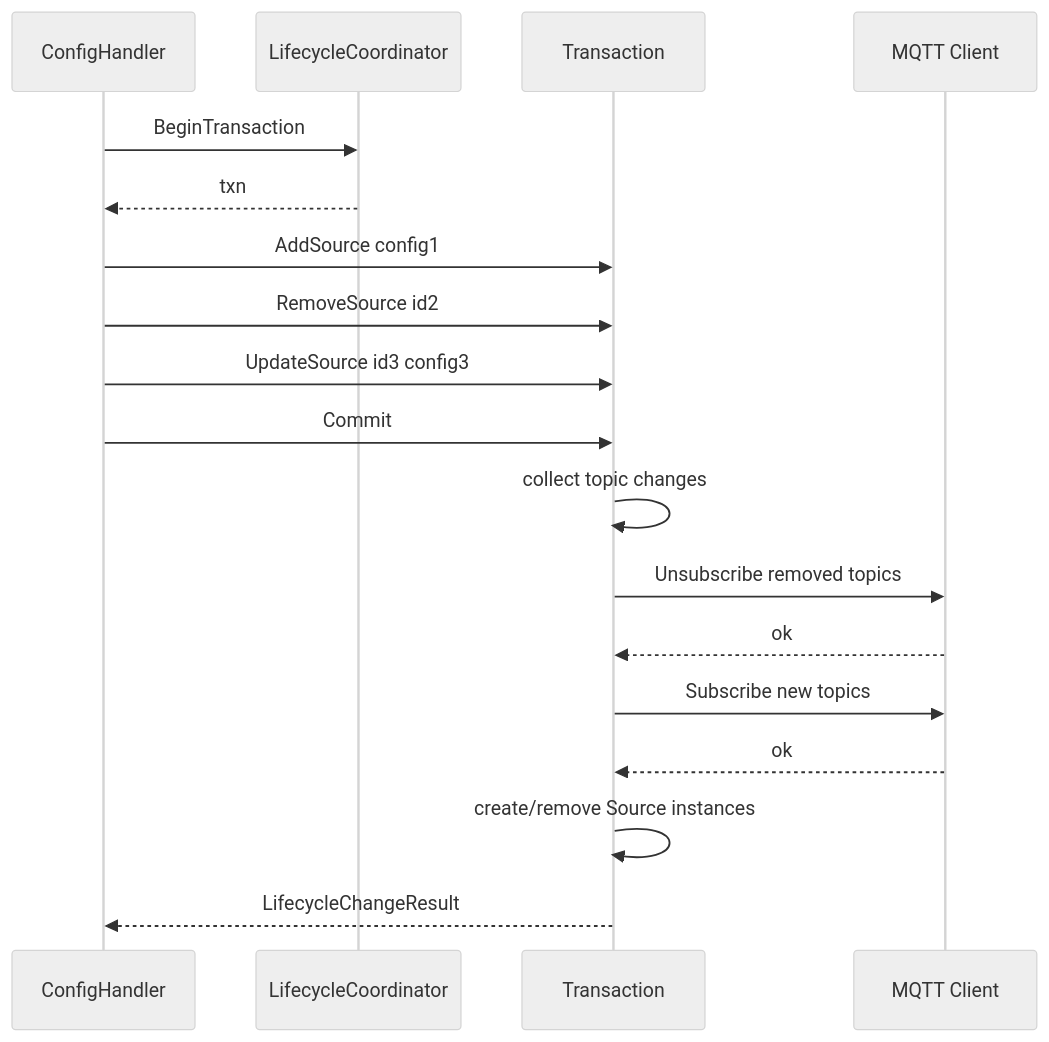
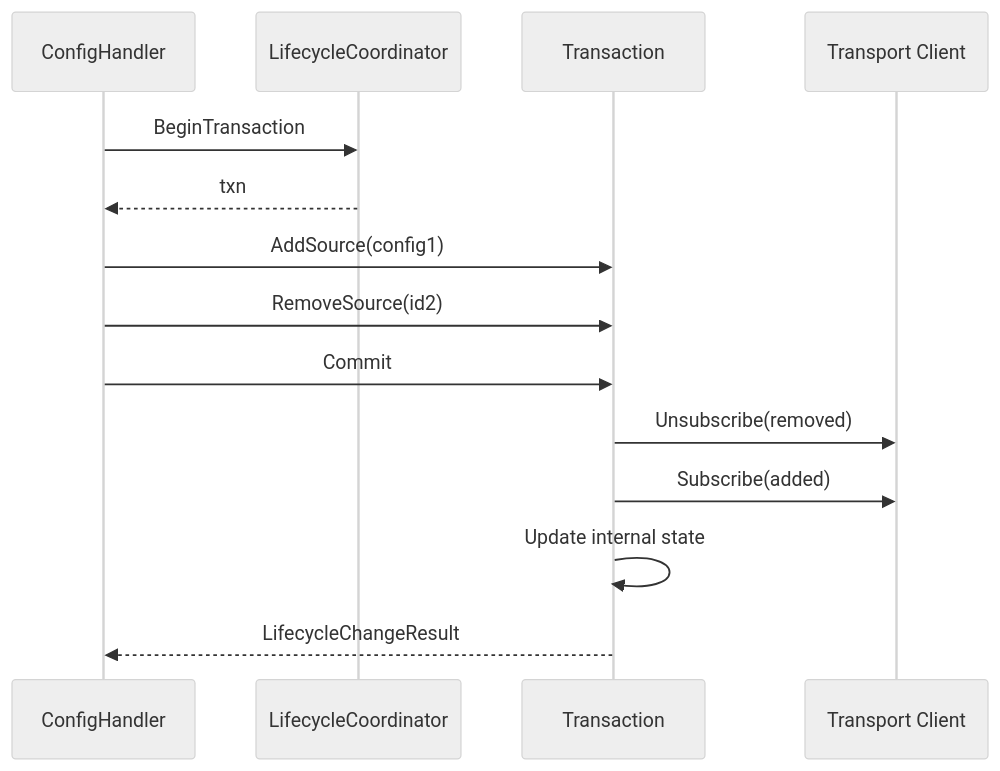
One commit to mariotoffia/gobridge changed the seventh of 9 diagrams in bridge/types/ARCHITECTURE.md. Above: the diagram before and after it, drawn with Mermaid (neutral theme). The commit also changed other lines of this file and 4 other files, not shown here.

````diff
--- a/bridge/types/ARCHITECTURE.md
+++ b/bridge/types/ARCHITECTURE.md
@@ -231,24 +327,20 @@
 ```mermaid
 sequenceDiagram
     participant Handler as ConfigHandler
     participant Coord as LifecycleCoordinator
     participant Txn as Transaction
-    participant Client as MQTT Client
+    participant Client as Transport Client
     
     Handler->>Coord: BeginTransaction
     Coord-->>Handler: txn
     
-    Handler->>Txn: AddSource config1
-    Handler->>Txn: RemoveSource id2
-    Handler->>Txn: UpdateSource id3 config3
+    Handler->>Txn: AddSource(config1)
+    Handler->>Txn: RemoveSource(id2)
     
     Handler->>Txn: Commit
     
-    Txn->>Txn: collect topic changes
-    Txn->>Client: Unsubscribe removed topics
-    Client-->>Txn: ok
-    Txn->>Client: Subscribe new topics
-    Client-->>Txn: ok
-    Txn->>Txn: create/remove Source instances
+    Txn->>Client: Unsubscribe(removed)
+    Txn->>Client: Subscribe(added)
+    Txn->>Txn: Update internal state
     Txn-->>Handler: LifecycleChangeResult
 ```
````
